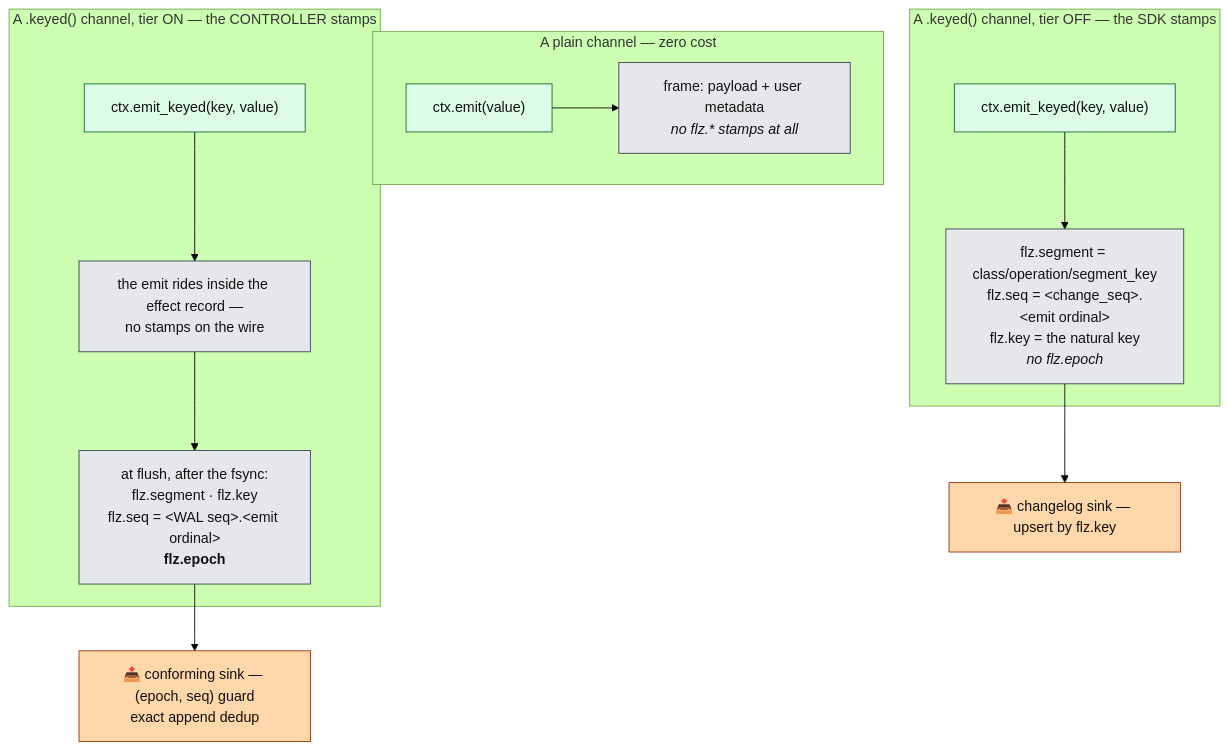
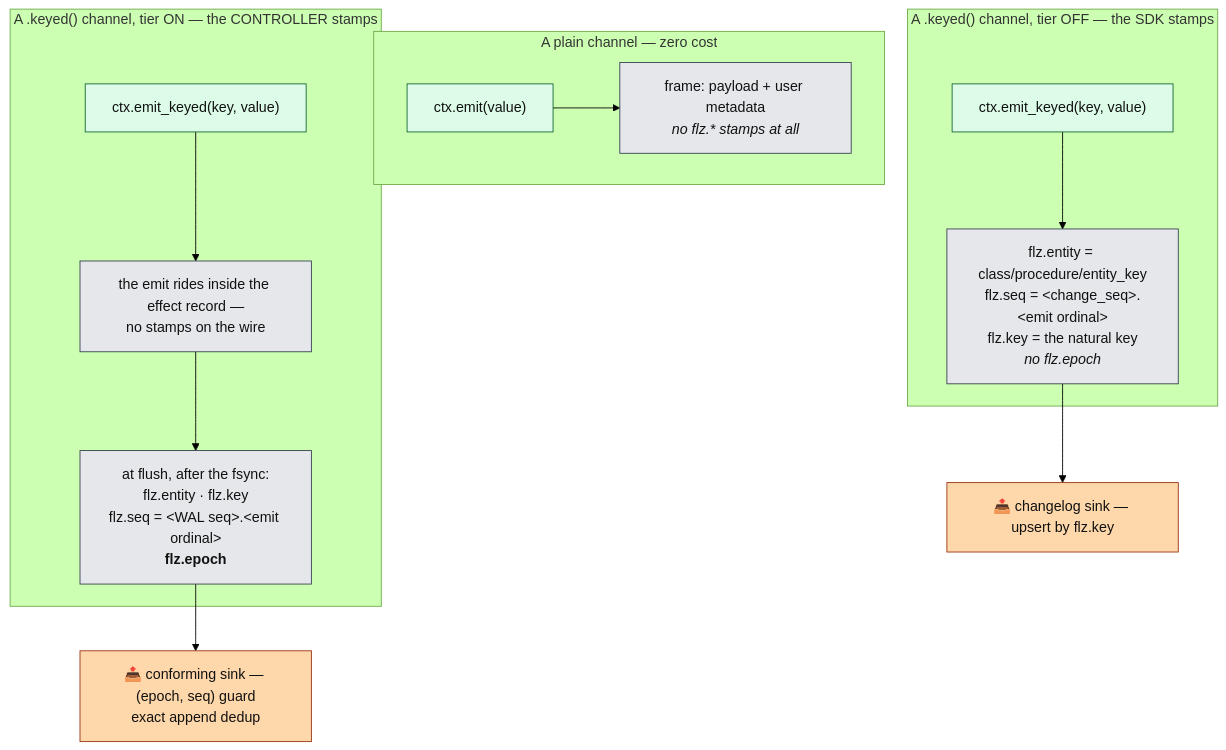
The ninth of 16 diagrams in docs/architecture/kernel.md (Flezha/flezha), drawn with Mermaid (forest theme) before and after one commit. The commit also changed other lines of this file and 658 other files, not shown here.

````diff
--- a/docs/architecture/kernel.md
+++ b/docs/architecture/kernel.md
@@ -390,19 +390,19 @@
 ```mermaid
 flowchart TB
     subgraph NK["A plain channel — zero cost"]
         E1["ctx.emit(value)"]:::exec --> F1["frame: payload + user metadata<br/><i>no flz.* stamps at all</i>"]:::store
     end
     subgraph KOFF["A .keyed() channel, tier OFF — the SDK stamps"]
-        E2["ctx.emit_keyed(key, value)"]:::exec --> F2["flz.segment = class/operation/segment_key<br/>flz.seq = &lt;change_seq&gt;.&lt;emit ordinal&gt;<br/>flz.key = the natural key<br/><i>no flz.epoch</i>"]:::store
+        E2["ctx.emit_keyed(key, value)"]:::exec --> F2["flz.entity = class/procedure/entity_key<br/>flz.seq = &lt;change_seq&gt;.&lt;emit ordinal&gt;<br/>flz.key = the natural key<br/><i>no flz.epoch</i>"]:::store
     end
     subgraph KON["A .keyed() channel, tier ON — the CONTROLLER stamps"]
         E3["ctx.emit_keyed(key, value)"]:::exec --> R3["the emit rides inside the effect record —<br/>no stamps on the wire"]:::store
-        R3 --> F3["at flush, after the fsync:<br/>flz.segment · flz.key<br/>flz.seq = &lt;WAL seq&gt;.&lt;emit ordinal&gt;<br/><b>flz.epoch</b>"]:::store
+        R3 --> F3["at flush, after the fsync:<br/>flz.entity · flz.key<br/>flz.seq = &lt;WAL seq&gt;.&lt;emit ordinal&gt;<br/><b>flz.epoch</b>"]:::store
     end
     F2 --> SINK1["📤 changelog sink — upsert by flz.key"]:::sink
     F3 --> SINK2["📤 conforming sink — (epoch, seq) guard<br/>exact append dedup"]:::sink
 
     classDef exec fill:#dcfce7,stroke:#166534,color:#111
     classDef store fill:#e5e7eb,stroke:#374151,color:#111
     classDef sink fill:#fed7aa,stroke:#9a3412,color:#111
 ```
````
